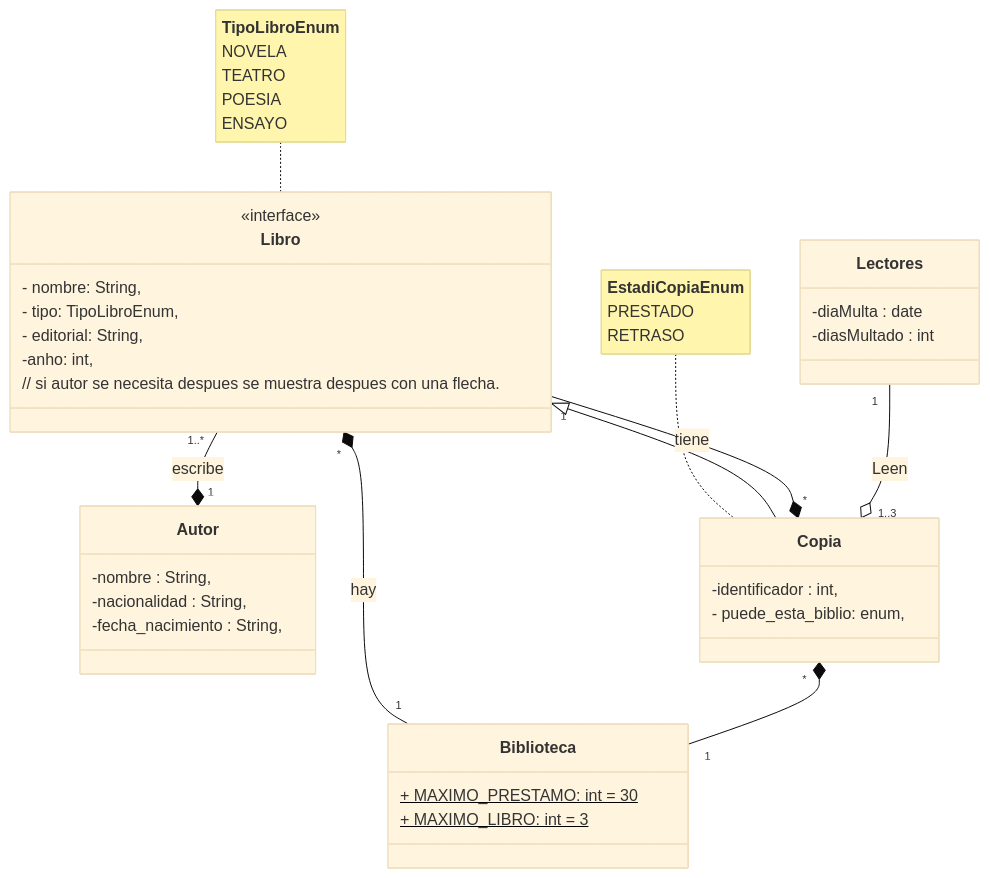
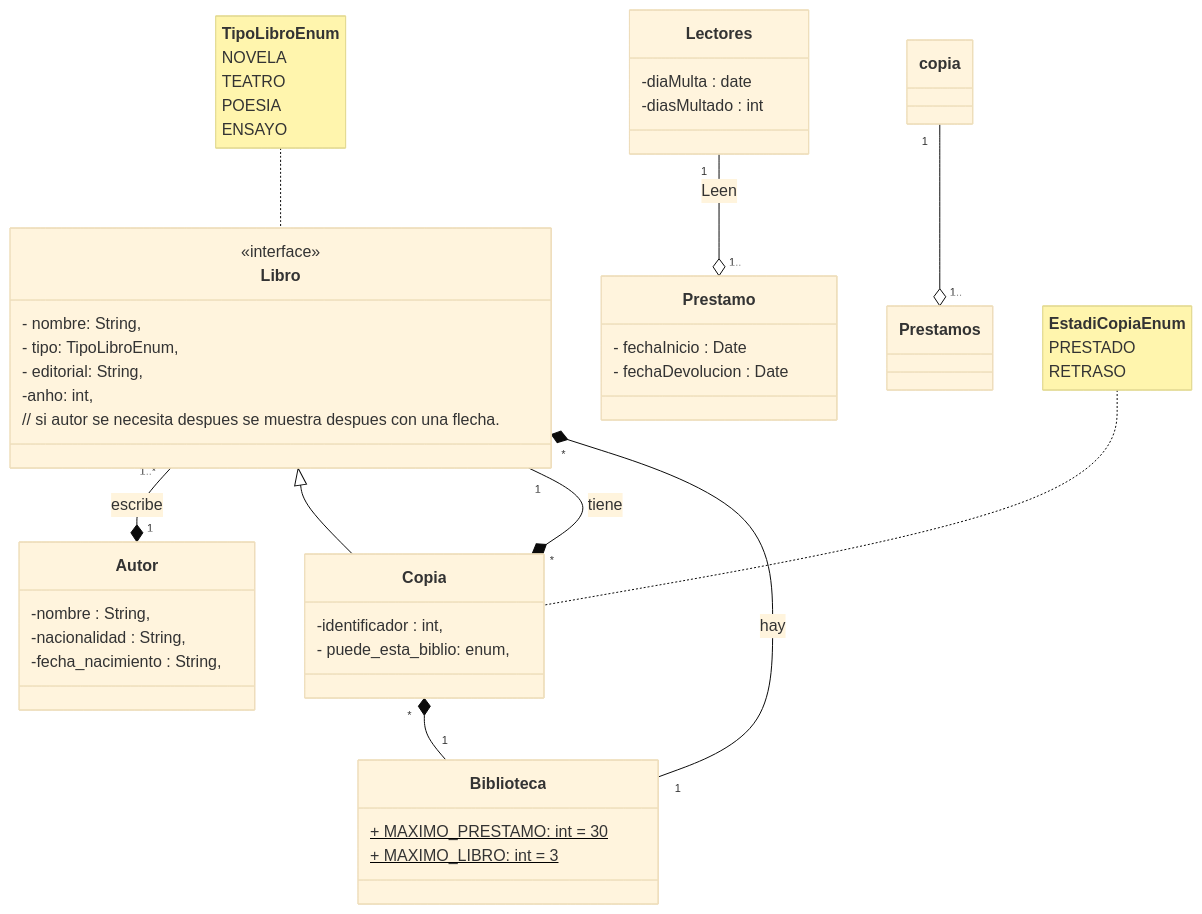
One commit to jesanny/Ejercicios_Contornos_Tema3 changed the diagram in classdIAGRAM.mmd. Above: the diagram before and after it, drawn with Mermaid (base theme). The commit also changed 2 other files, not shown here.

```diff
--- a/classdIAGRAM.mmd
+++ b/classdIAGRAM.mmd
@@ -1,43 +1,50 @@
 classDiagram
 class Biblioteca {
     + MAXIMO_PRESTAMO: int = 30$ 
     + MAXIMO_LIBRO: int = 3$ 
 
 }
 class Libro {
     <<interface>>
     - nombre:  String,
     - tipo: TipoLibroEnum,
     - editorial: String,
     -anho: int,
     // si autor se necesita despues se muestra despues con una flecha.
 }
 note for Libro "<strong>TipoLibroEnum</strong><br>NOVELA<br>TEATRO<br>POESIA <br>ENSAYO"
 
 class Autor { 
     -nombre : String,
     -nacionalidad : String,
     -fecha_nacimiento : String,
 
 }
 
 class Copia{
     -identificador : int,
     - puede_esta_biblio: enum,
 
 }
 
  note for Copia "<strong>EstadiCopiaEnum</strong><br>PRESTADO<br>RETRASO"
 
 class Lectores {
     -diaMulta : date
     -diasMultado : int
     
 }
 
+class Prestamo {
+    - fechaInicio : Date
+    - fechaDevolucion : Date
+
+}
+
 Libro "1..*" --* "1" Autor : escribe
 Libro <|-- Copia 
 Libro "1" --* "*"Copia : tiene
-Lectores "1" --o "1..3" Copia : Leen 
+Lectores "1" --o "1.." Prestamo : Leen 
+copia "1" --o "1.." Prestamos 
 Libro "*" *-- "1"Biblioteca : hay
 Copia "*" *-- "1" Biblioteca 
```
